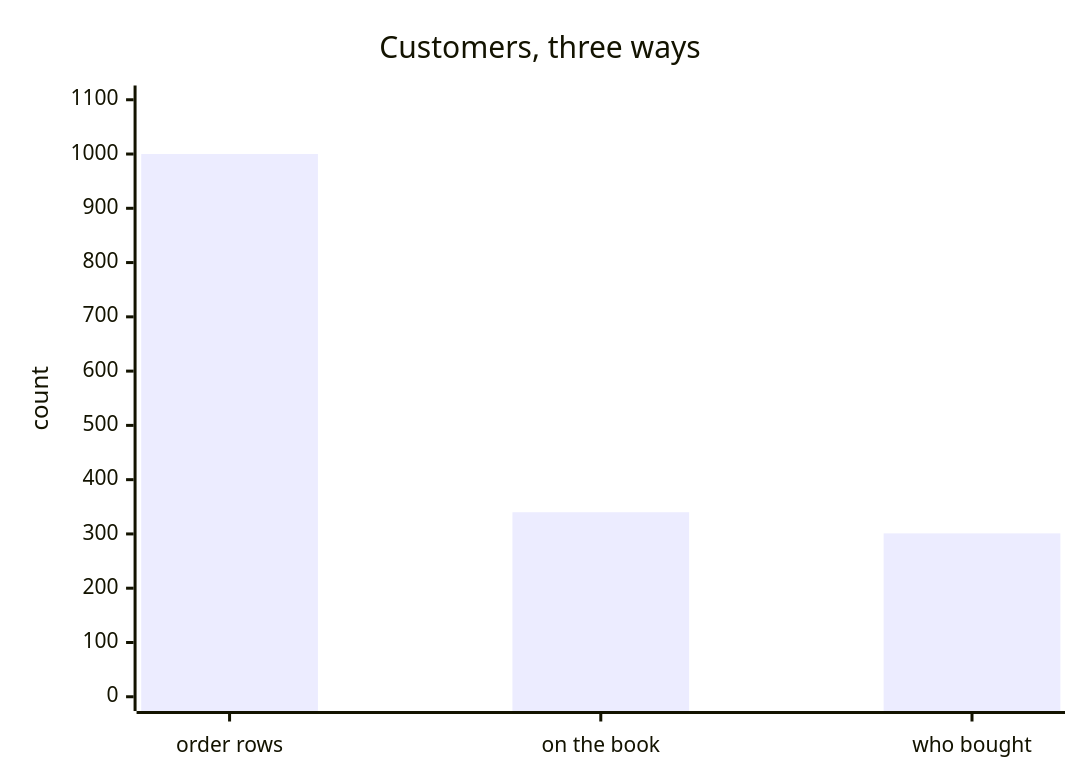
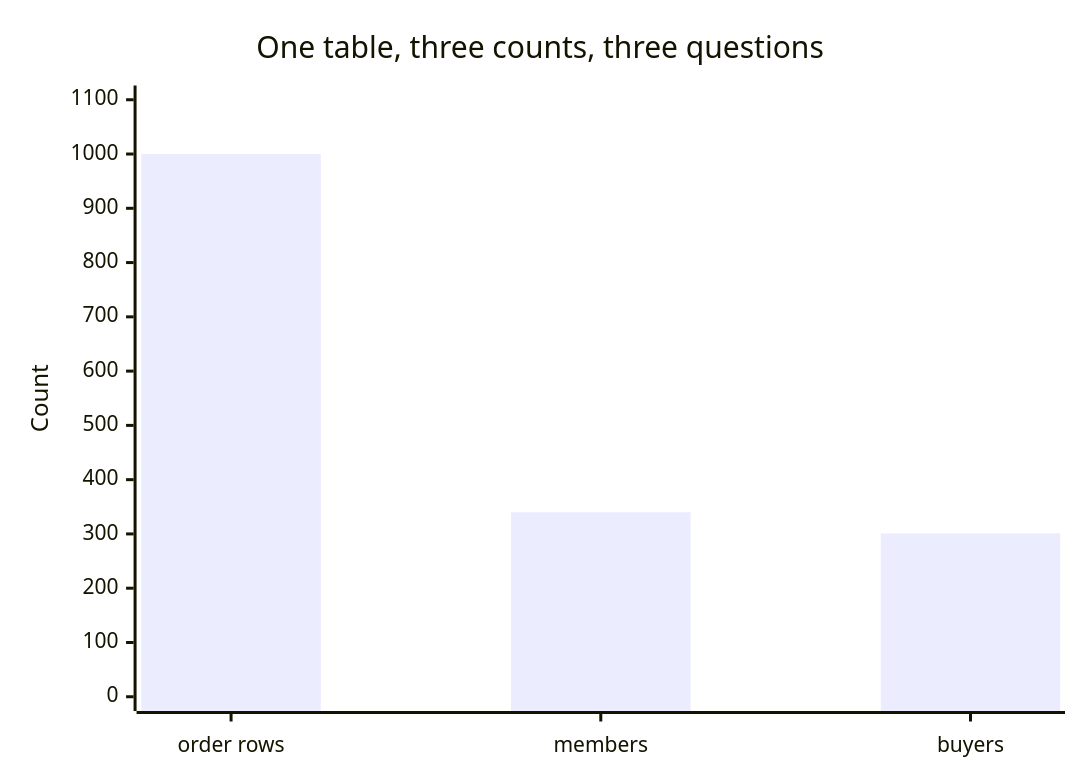
Before and after one commit to fde-academy-lab/c2-content-factory: the seventh of 22 diagrams in content/W02/D1/slides/C2_W02_D01_half1_STUDENT.md, drawn with Mermaid. The commit also changed other lines of this file and 3 other files, not shown here.

````diff
--- a/content/W02/D1/slides/C2_W02_D01_half1_STUDENT.md
+++ b/content/W02/D1/slides/C2_W02_D01_half1_STUDENT.md
@@ -387,7 +411,7 @@
 ```mermaid
 xychart-beta
-    title "Customers, three ways"
-    x-axis ["order rows", "on the book", "who bought"]
-    y-axis "count" 0 --> 1100
+    title "One table, three counts, three questions"
+    x-axis ["order rows", "members", "buyers"]
+    y-axis "Count" 0 --> 1100
     bar [1000, 340, 301]
 ```
````
